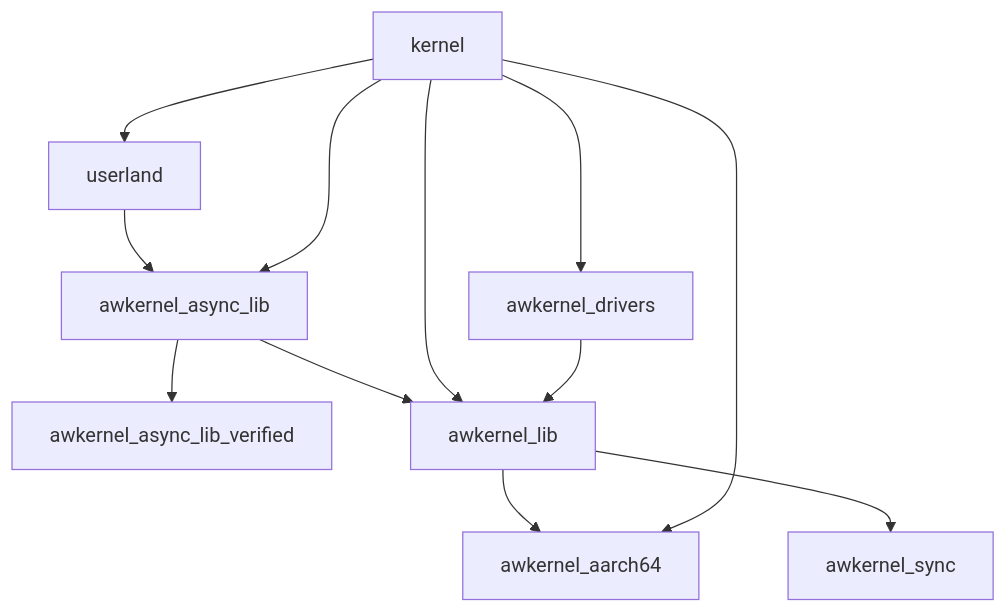
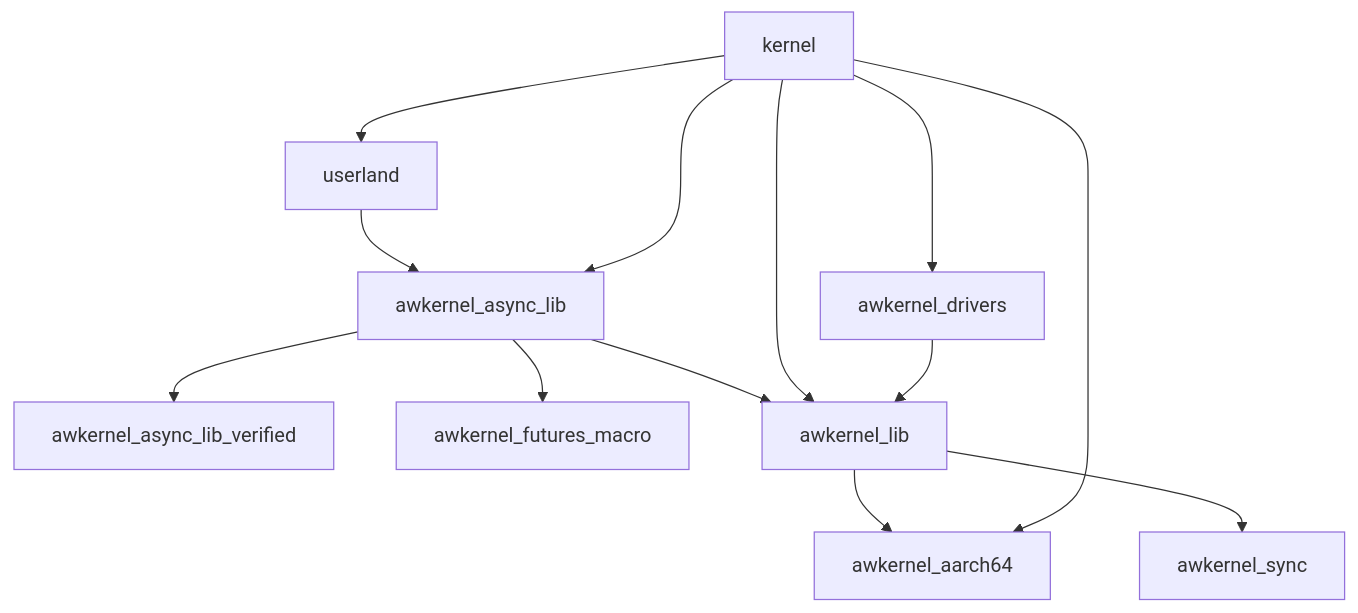
The diagram in README.md (tier4/awkernel), drawn with Mermaid before and after one commit. The commit also changed other lines of this file and 7 other files, not shown here.

Commit message:
feat(macro): add awkernel_futures_macro for macros of async/await

````diff
--- a/README.md
+++ b/README.md
@@ -128,14 +129,15 @@
 ```mermaid
 graph TD;
     awkernel_async_lib-->awkernel_async_lib_verified;
+    awkernel_async_lib-->awkernel_futures_macro;
     awkernel_lib-->awkernel_aarch64;
     awkernel_async_lib-->awkernel_lib;
     awkernel_lib-->awkernel_sync;
     userland-->awkernel_async_lib;
     kernel-->awkernel_lib;
     kernel-->awkernel_async_lib;
     kernel-->awkernel_aarch64;
     kernel-->awkernel_drivers;
     awkernel_drivers-->awkernel_lib;
     kernel-->userland;
 ```
````
